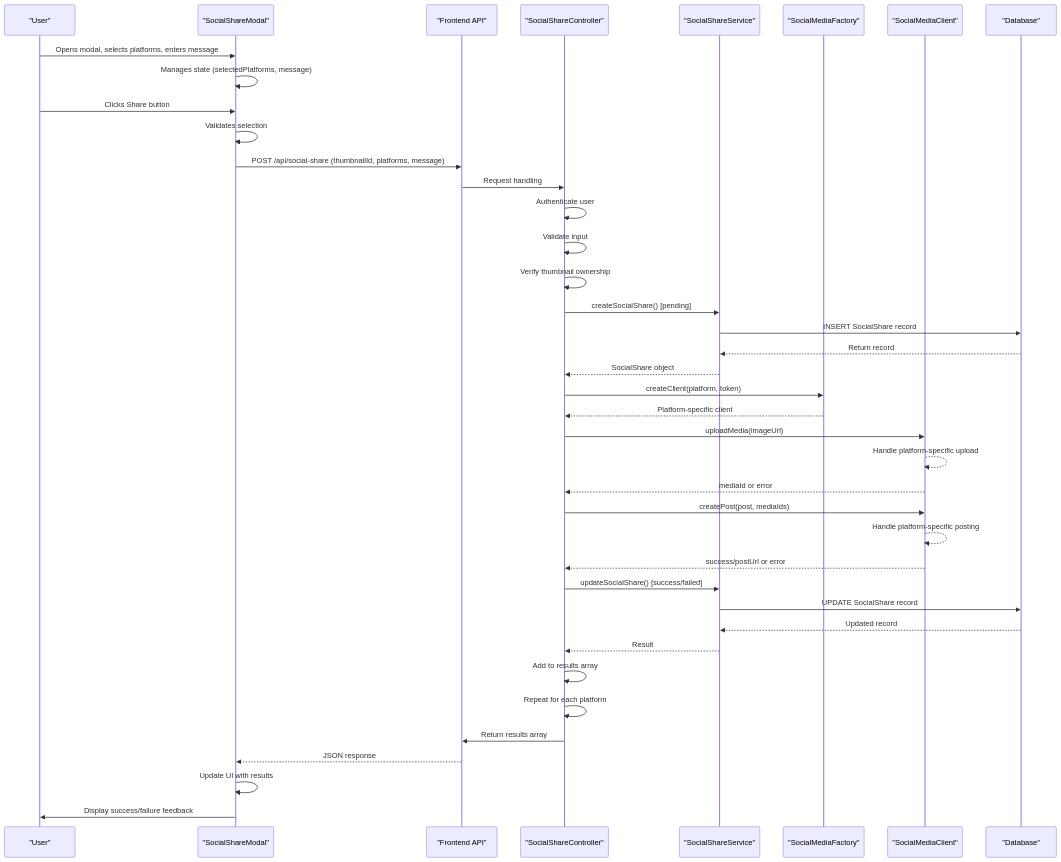
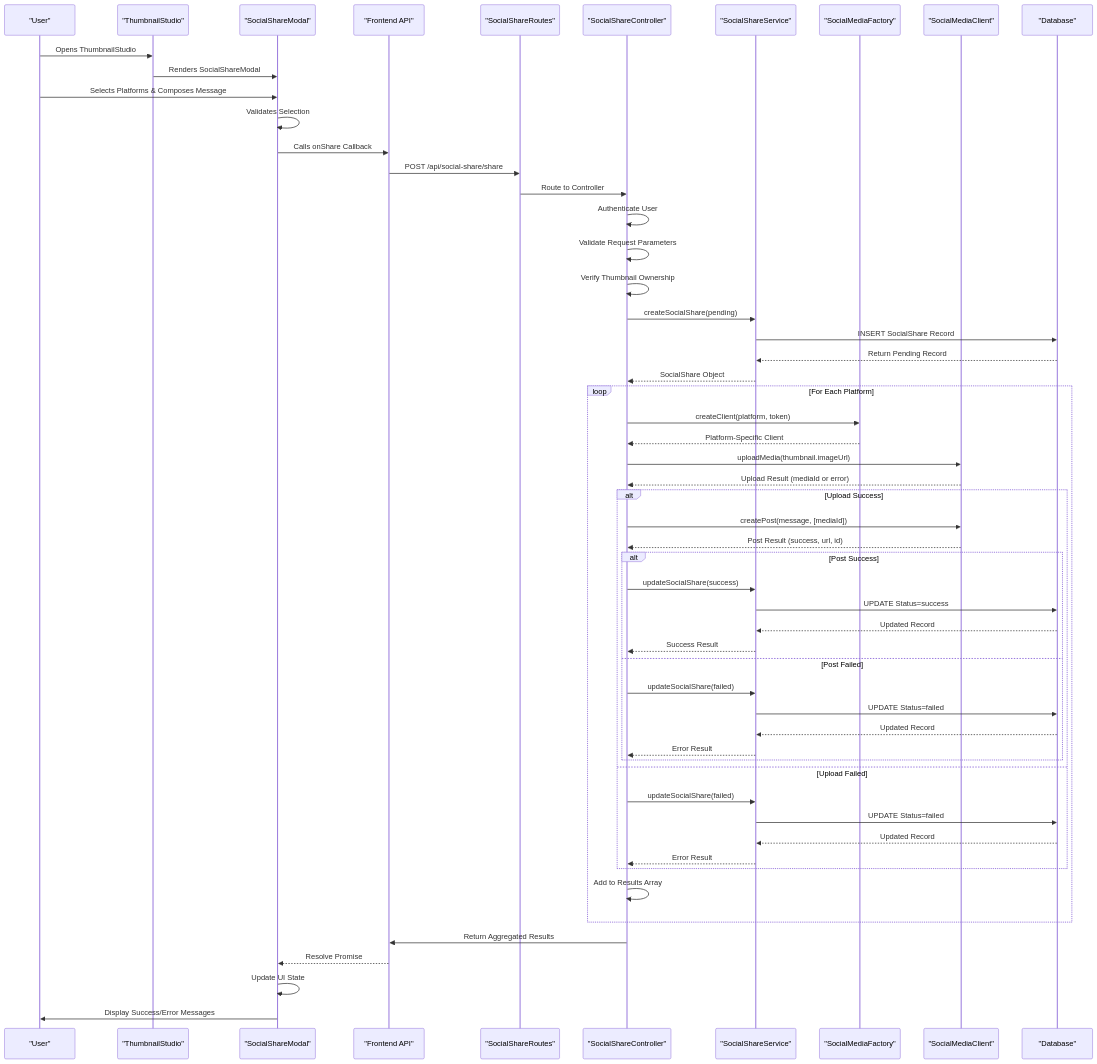
Before and after one commit to Brimstow/ThumPiks: the seventh of 7 diagrams in .qoder/repowiki/en/content/Social Media Integration/Share Workflow and UI Integration.md, drawn with Mermaid. The commit also changed other lines of this file and 900 other files, not shown here.

````diff
--- a/.qoder/repowiki/en/content/Social Media Integration/Share Workflow and UI Integration.md
+++ b/.qoder/repowiki/en/content/Social Media Integration/Share Workflow and UI Integration.md
@@ -386,42 +582,58 @@
 ```mermaid
 sequenceDiagram
 participant User as "User"
+participant Studio as "ThumbnailStudio"
 participant Modal as "SocialShareModal"
 participant API as "Frontend API"
+participant Router as "SocialShareRoutes"
 participant Controller as "SocialShareController"
 participant Service as "SocialShareService"
 participant Factory as "SocialMediaFactory"
 participant Client as "SocialMediaClient"
 participant DB as "Database"
-User->>Modal : Opens modal, selects platforms, enters message
-Modal->>Modal : Manages state (selectedPlatforms, message)
-User->>Modal : Clicks Share button
-Modal->>Modal : Validates selection
-Modal->>API : POST /api/social-share (thumbnailId, platforms, message)
-API->>Controller : Request handling
-Controller->>Controller : Authenticate user
-Controller->>Controller : Validate input
-Controller->>Controller : Verify thumbnail ownership
-Controller->>Service : createSocialShare() [pending]
-Service->>DB : INSERT SocialShare record
-DB-->>Service : Return record
-Service-->>Controller : SocialShare object
+User->>Studio : Opens ThumbnailStudio
+Studio->>Modal : Renders SocialShareModal
+User->>Modal : Selects Platforms & Composes Message
+Modal->>Modal : Validates Selection
+Modal->>API : Calls onShare Callback
+API->>Router : POST /api/social-share/share
+Router->>Controller : Route to Controller
+Controller->>Controller : Authenticate User
+Controller->>Controller : Validate Request Parameters
+Controller->>Controller : Verify Thumbnail Ownership
+Controller->>Service : createSocialShare(pending)
+Service->>DB : INSERT SocialShare Record
+DB-->>Service : Return Pending Record
+Service-->>Controller : SocialShare Object
+loop For Each Platform
 Controller->>Factory : createClient(platform, token)
-Factory-->>Controller : Platform-specific client
-Controller->>Client : uploadMedia(imageUrl)
-Client-->>Client : Handle platform-specific upload
-Client-->>Controller : mediaId or error
-Controller->>Client : createPost(post, mediaIds)
-Client-->>Client : Handle platform-specific posting
-Client-->>Controller : success/postUrl or error
-Controller->>Service : updateSocialShare() [success/failed]
-Service->>DB : UPDATE SocialShare record
-DB-->>Service : Updated record
-Service-->>Controller : Result
-Controller->>Controller : Add to results array
-Controller->>Controller : Repeat for each platform
-Controller->>API : Return results array
-API-->>Modal : JSON response
-Modal->>Modal : Update UI with results
-Modal->>User : Display success/failure feedback
+Factory-->>Controller : Platform-Specific Client
+Controller->>Client : uploadMedia(thumbnail.imageUrl)
+Client-->>Controller : Upload Result (mediaId or error)
+alt Upload Success
+Controller->>Client : createPost(message, [mediaId])
+Client-->>Controller : Post Result (success, url, id)
+alt Post Success
+Controller->>Service : updateSocialShare(success)
+Service->>DB : UPDATE Status=success
+DB-->>Service : Updated Record
+Service-->>Controller : Success Result
+else Post Failed
+Controller->>Service : updateSocialShare(failed)
+Service->>DB : UPDATE Status=failed
+DB-->>Service : Updated Record
+Service-->>Controller : Error Result
+end
+else Upload Failed
+Controller->>Service : updateSocialShare(failed)
+Service->>DB : UPDATE Status=failed
+DB-->>Service : Updated Record
+Service-->>Controller : Error Result
+end
+Controller->>Controller : Add to Results Array
+end
+Controller->>API : Return Aggregated Results
+API-->>Modal : Resolve Promise
+Modal->>Modal : Update UI State
+Modal->>User : Display Success/Error Messages
 ```
````
